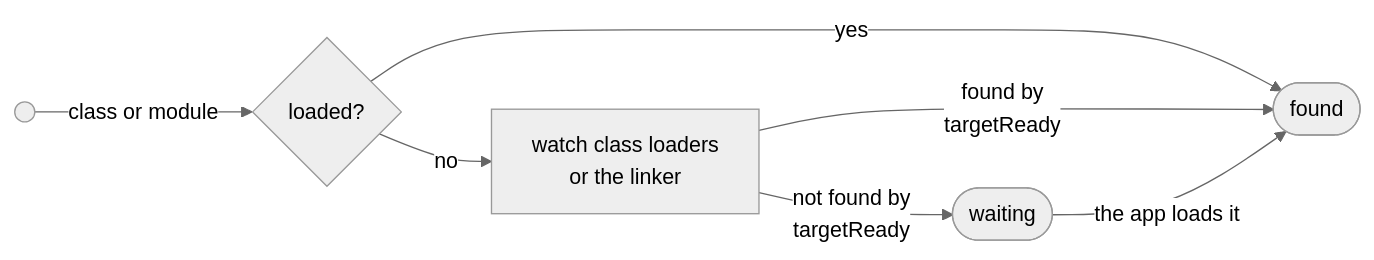
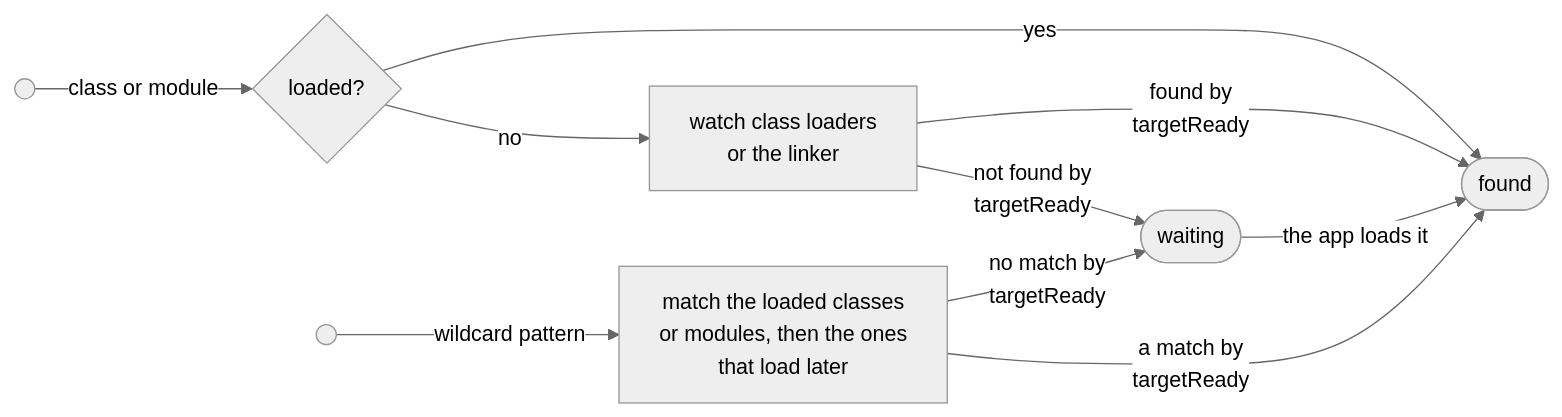
The third of 10 diagrams in docs/under-the-hood.md (bernhste/frooky), drawn with Mermaid (neutral theme) before and after one commit. The commit also changed other lines of this file and 14 other files, not shown here.

````diff
--- a/docs/under-the-hood.md
+++ b/docs/under-the-hood.md
@@ -190,9 +187,12 @@
 ```mermaid
 flowchart LR
     decl(( )) -->|class or module| loaded{"loaded?"}
     loaded -->|yes| found(["found"])
     loaded -->|no| watch["watch class loaders<br/>or the linker"]
     watch -->|found by<br/>targetReady| found
     watch -->|not found by<br/>targetReady| wait(["waiting"])
     wait -->|the app loads it| found
+    pat(( )) -->|wildcard pattern| match["match the loaded classes<br/>or modules, then the ones<br/>that load later"]
+    match -->|a match by<br/>targetReady| found
+    match -->|no match by<br/>targetReady| wait
 ```
````
